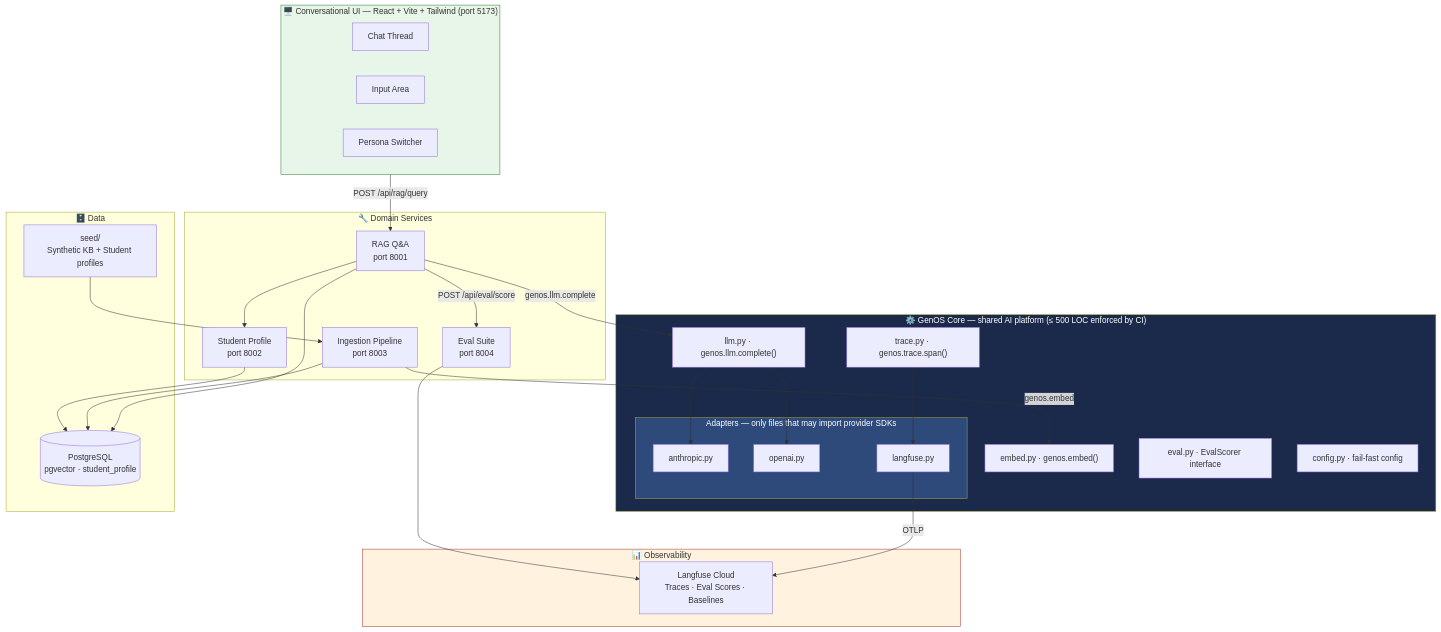
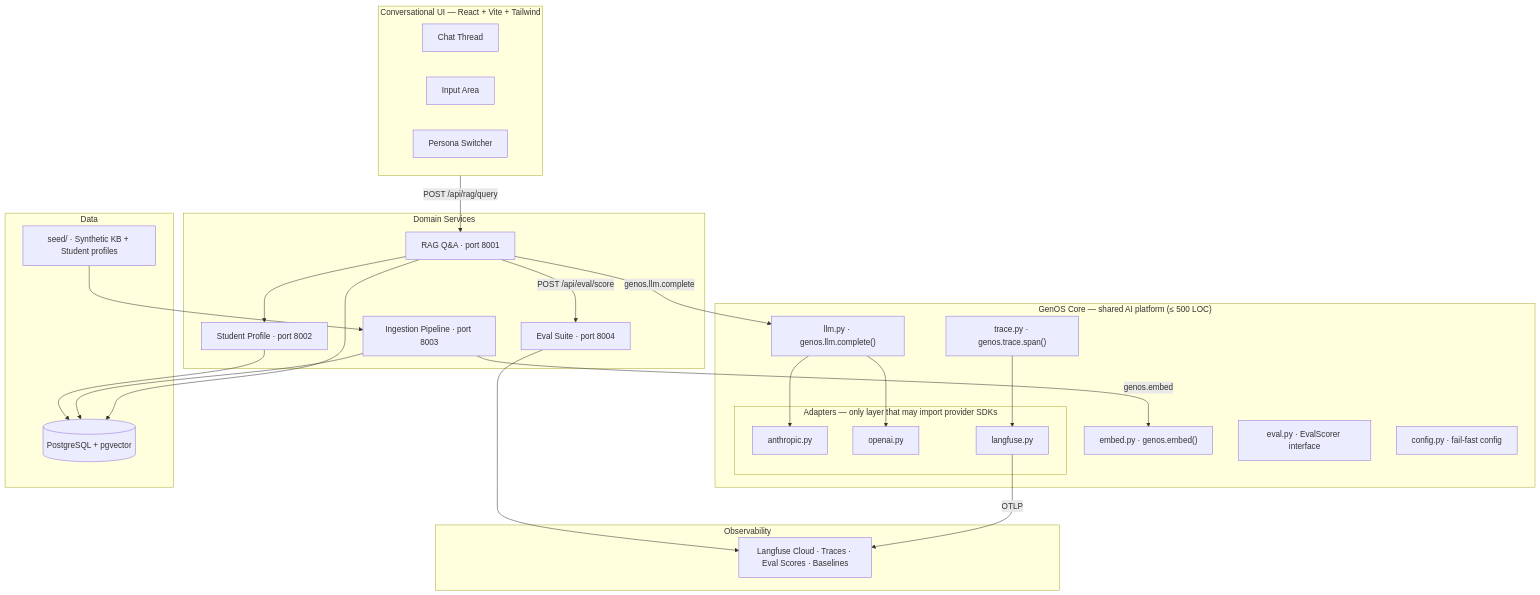
Before and after one commit to rguthaa/ai-playground: the second of 3 diagrams in README.md, drawn with Mermaid. The commit also changed other lines of this file, not shown here.

````diff
--- a/README.md
+++ b/README.md
@@ -139,54 +39,49 @@
 ```mermaid
 graph TB
-    subgraph UI["🖥️  Conversational UI — React + Vite + Tailwind (port 5173)"]
+    subgraph UI["Conversational UI — React + Vite + Tailwind"]
         Chat["Chat Thread"]
         Input["Input Area"]
         Persona["Persona Switcher"]
     end
 
-    subgraph GenOS["⚙️  GenOS Core — shared AI platform (≤ 500 LOC enforced by CI)"]
+    subgraph GenOS["GenOS Core — shared AI platform (≤ 500 LOC)"]
         LLM["llm.py · genos.llm.complete()"]
         Embed["embed.py · genos.embed()"]
         Trace["trace.py · genos.trace.span()"]
         Eval["eval.py · EvalScorer interface"]
         Config["config.py · fail-fast config"]
-        subgraph Adapters["Adapters — only files that may import provider SDKs"]
+        subgraph Adapters["Adapters — only layer that may import provider SDKs"]
             A1["anthropic.py"]
             A2["openai.py"]
             A3["langfuse.py"]
         end
     end
 
-    subgraph Services["🔧  Domain Services"]
-        RAG["RAG Q&A\nport 8001"]
-        Profile["Student Profile\nport 8002"]
-        Ingest["Ingestion Pipeline\nport 8003"]
-        EvalSvc["Eval Suite\nport 8004"]
+    subgraph Services["Domain Services"]
+        RAG["RAG Q&A · port 8001"]
+        Profile["Student Profile · port 8002"]
+        Ingest["Ingestion Pipeline · port 8003"]
+        EvalSvc["Eval Suite · port 8004"]
     end
 
-    subgraph Data["🗄️  Data"]
-        PG[("PostgreSQL\npgvector · student_profile")]
-        Seed["seed/\nSynthetic KB + Student profiles"]
+    subgraph Data["Data"]
+        PG[("PostgreSQL + pgvector")]
+        Seed["seed/ · Synthetic KB + Student profiles"]
     end
 
-    subgraph Obs["📊  Observability"]
-        Langfuse["Langfuse Cloud\nTraces · Eval Scores · Baselines"]
+    subgraph Obs["Observability"]
+        Langfuse["Langfuse Cloud · Traces · Eval Scores · Baselines"]
     end
 
     UI -->|POST /api/rag/query| RAG
     RAG --> Profile & PG
     RAG -->|genos.llm.complete| LLM
     RAG -->|POST /api/eval/score| EvalSvc
     Ingest -->|genos.embed| Embed
     Ingest --> PG
     Seed --> Ingest
     Profile --> PG
     LLM --> A1 & A2
     Trace --> A3 -->|OTLP| Langfuse
     EvalSvc --> Langfuse
-
-    style GenOS fill:#1B2A4A,color:#fff
-    style Adapters fill:#2d4a7a,color:#fff
-    style Obs fill:#fff3e0,stroke:#A63232
-    style UI fill:#e8f5e9,stroke:#2e7d32
 ```
````
